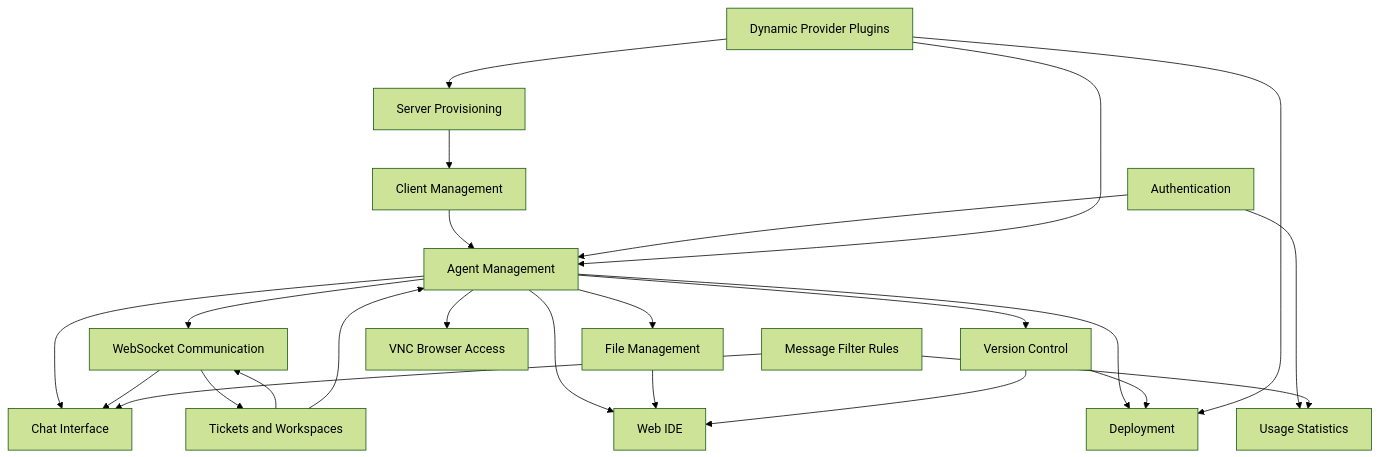
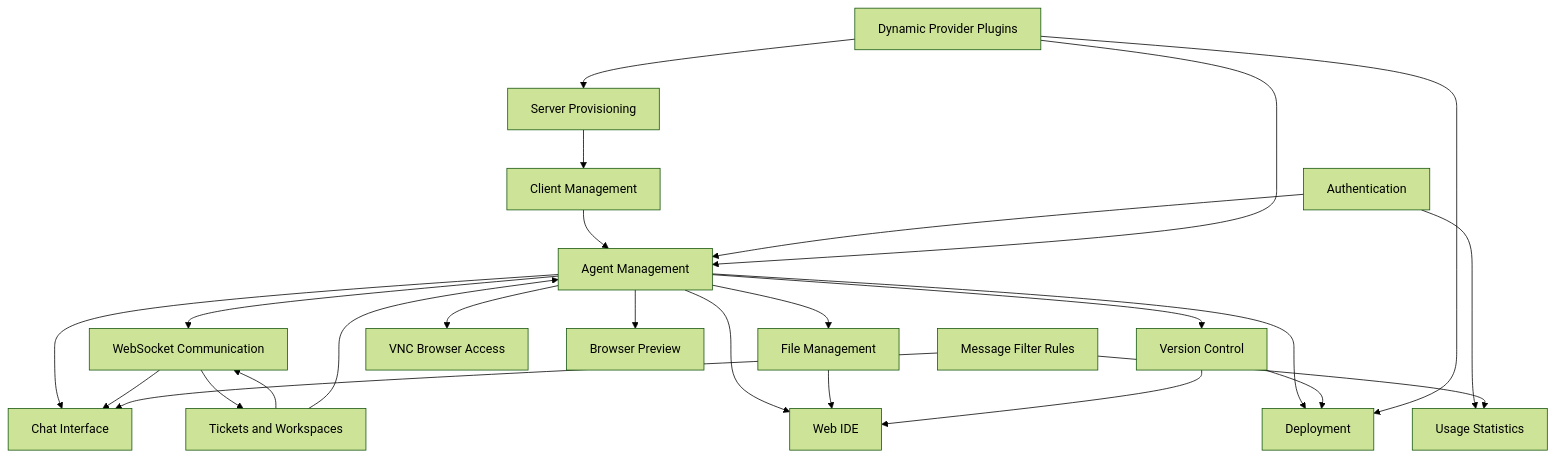
Before and after one commit to forepath/tsef: the diagram in docs/agenstra/features/README.md, drawn with Mermaid (forest theme). The commit also changed other lines of this file and 53 other files, not shown here.

Commit message:
feat: agenstra live browser preview

````diff
--- a/docs/agenstra/features/README.md
+++ b/docs/agenstra/features/README.md
@@ -238,42 +251,44 @@
 ```mermaid
 graph TB
     CM[Client Management]
     AM[Agent Management]
     SP[Server Provisioning]
     WS[WebSocket Communication]
     FM[File Management]
     VC[Version Control]
     IDE[Web IDE]
     Chat[Chat Interface]
     VNC[VNC Browser Access]
+    BP[Browser Preview]
     DEP[Deployment]
     AUTH[Authentication]
     TK[Tickets and Workspaces]
     ST[Usage Statistics]
     FR[Message Filter Rules]
     DP[Dynamic Provider Plugins]
 
     SP --> CM
     CM --> AM
     AM --> WS
     AM --> FM
     AM --> VC
     AM --> IDE
     AM --> Chat
     AM --> VNC
+    AM --> BP
     AM --> DEP
     WS --> Chat
     WS --> TK
     FM --> IDE
     VC --> IDE
     VC --> DEP
     AUTH --> AM
     AUTH --> ST
     TK --> WS
     FR --> Chat
     FR --> ST
     TK --> AM
     DP --> SP
     DP --> AM
     DP --> DEP
 ```
````
